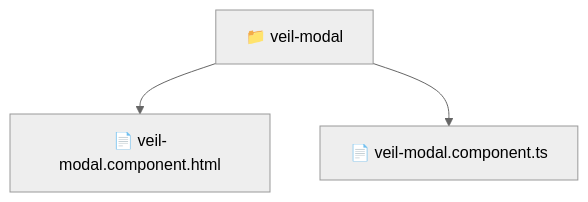
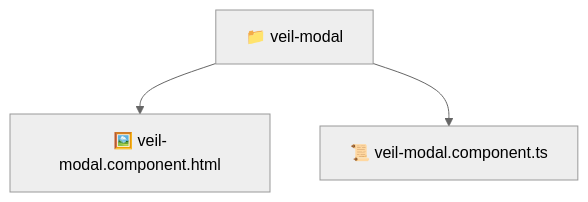
The diagram in frontend/src/pages/veil/ui/veil-modal/README.md (beginwebdev2002/fullstack-mavluda), drawn with Mermaid (neutral theme) before and after one commit. The commit also changed other lines of this file and 163 other files, not shown here.

````diff
--- a/frontend/src/pages/veil/ui/veil-modal/README.md
+++ b/frontend/src/pages/veil/ui/veil-modal/README.md
@@ -11,6 +11,6 @@
 ```mermaid
 graph TD
-  Root["📁 veil-modal"]
-  Root --> veil_modal_component_html["📄 veil-modal.component.html"]
-  Root --> veil_modal_component_ts["📄 veil-modal.component.ts"]
+  veil_modal["📁 veil-modal"]
+  veil_modal --> veil_modal_component_html["🖼️ veil-modal.component.html"]
+  veil_modal --> veil_modal_component_ts["📜 veil-modal.component.ts"]
 ```
````
